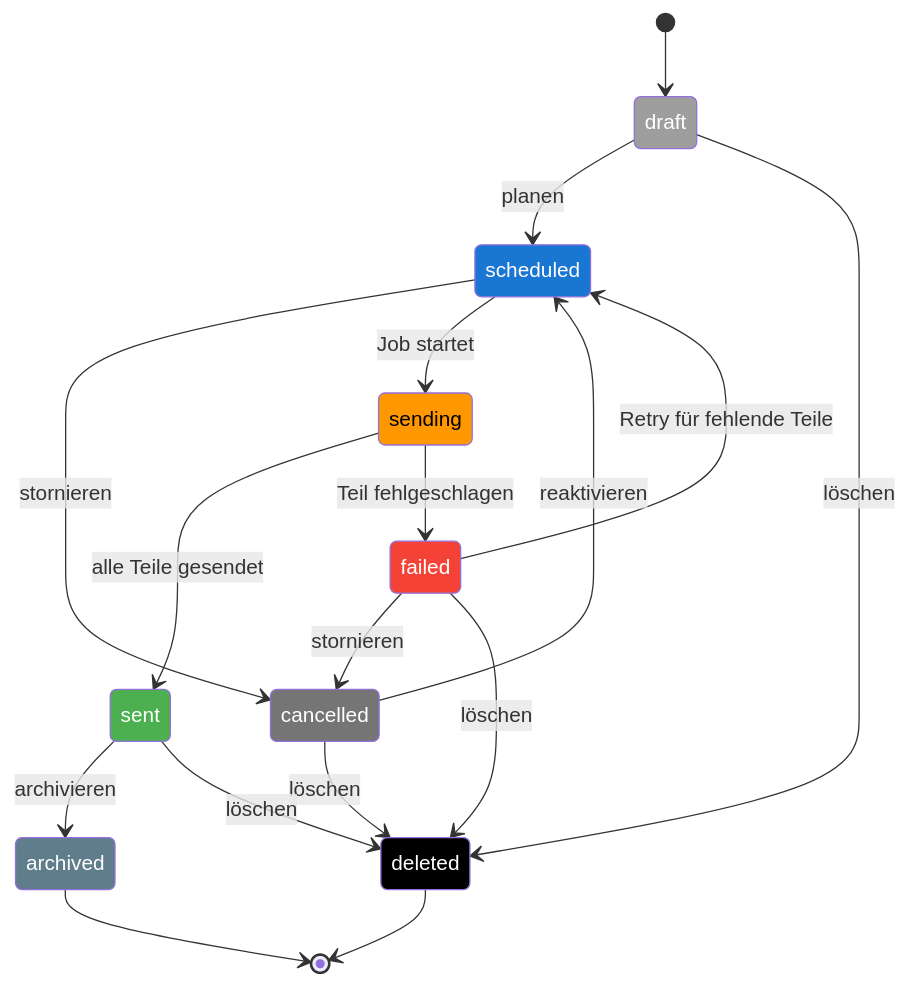
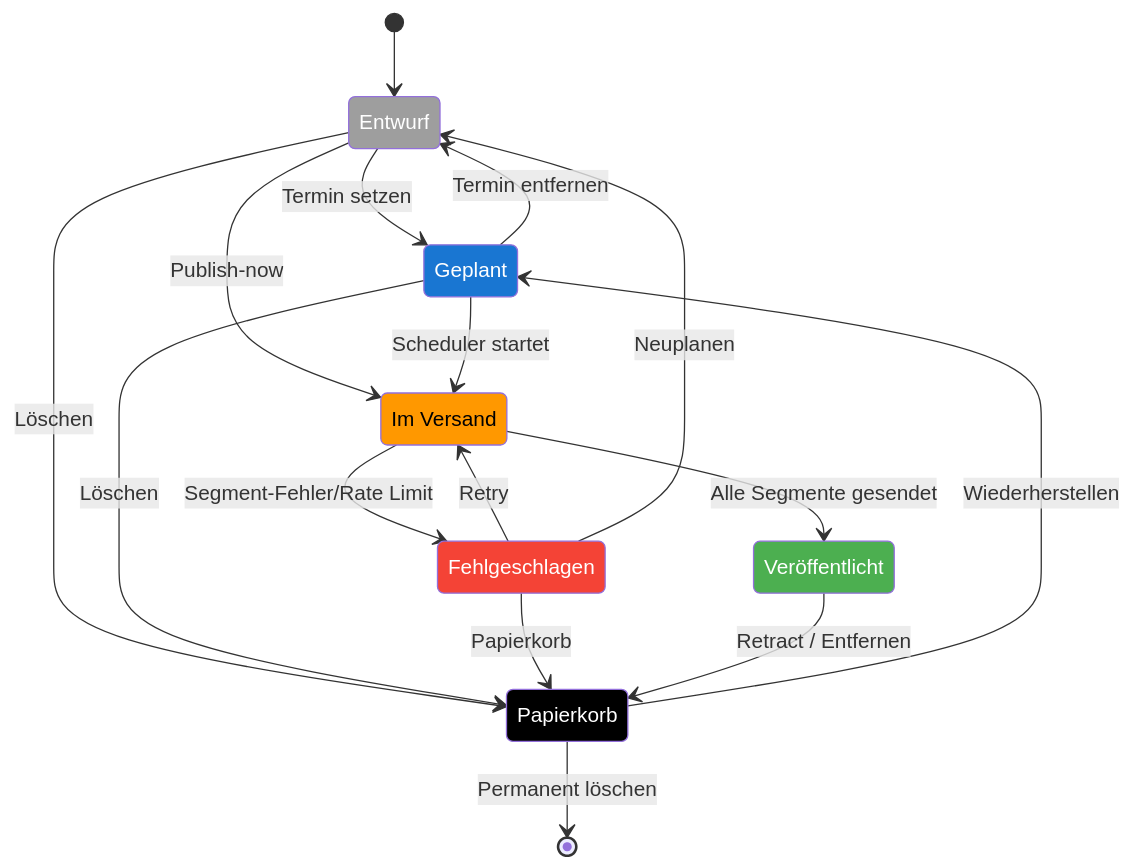
Before and after one commit to mkueper/BSky-Kampagnen-Bot: the diagram in docs/diagramme/lebenszyklus_thread.md, drawn with Mermaid. The commit also changed 15 other files, not shown here.

````diff
--- a/docs/diagramme/lebenszyklus_thread.md
+++ b/docs/diagramme/lebenszyklus_thread.md
@@ -5,44 +5,38 @@
 ```mermaid
 stateDiagram-v2
-  state "draft" as draft_state
-  state "scheduled" as scheduled_state
-  state "sending" as sending_state
-  state "sent" as sent_state
-  state "failed" as failed_state
-  state "cancelled" as cancelled_state
-  state "archived" as archived_state
-  state "deleted" as deleted_state
+  state "Entwurf" as draft_state
+  state "Geplant" as scheduled_state
+  state "Im Versand" as publishing_state
+  state "Veröffentlicht" as published_state
+  state "Fehlgeschlagen" as failed_state
+  state "Papierkorb" as deleted_state
 
   style draft_state fill:#9e9e9e,color:#fff
   style scheduled_state fill:#1976d2,color:#fff
-  style sending_state fill:#ff9800,color:#000
-  style sent_state fill:#4caf50,color:#fff
+  style publishing_state fill:#ff9800,color:#000
+  style published_state fill:#4caf50,color:#fff
   style failed_state fill:#f44336,color:#fff
-  style cancelled_state fill:#757575,color:#fff
-  style archived_state fill:#607d8b,color:#fff
   style deleted_state fill:#000000,color:#fff
 
   [*] --> draft_state
 
-  draft_state --> scheduled_state: planen
-  draft_state --> deleted_state: löschen
+  draft_state --> scheduled_state: Termin setzen
+  draft_state --> publishing_state: Publish-now
+  draft_state --> deleted_state: Löschen
 
-  scheduled_state --> cancelled_state: stornieren
-  scheduled_state --> sending_state: Job startet
+  scheduled_state --> draft_state: Termin entfernen
+  scheduled_state --> publishing_state: Scheduler startet
+  scheduled_state --> deleted_state: Löschen
 
-  sending_state --> sent_state: alle Teile gesendet
-  sending_state --> failed_state: Teil fehlgeschlagen
+  publishing_state --> published_state: Alle Segmente gesendet
+  publishing_state --> failed_state: Segment-Fehler/Rate Limit
 
-  failed_state --> scheduled_state: Retry für fehlende Teile
-  failed_state --> cancelled_state: stornieren
-  failed_state --> deleted_state: löschen
+  failed_state --> publishing_state: Retry
+  failed_state --> draft_state: Neuplanen
+  failed_state --> deleted_state: Papierkorb
 
-  cancelled_state --> scheduled_state: reaktivieren
-  cancelled_state --> deleted_state: löschen
+  published_state --> deleted_state: Retract / Entfernen
 
-  sent_state --> archived_state: archivieren
-  sent_state --> deleted_state: löschen
-
-  deleted_state --> [*]
-  archived_state --> [*]
+  deleted_state --> scheduled_state: Wiederherstellen
+  deleted_state --> [*]: Permanent löschen
 ```
````
